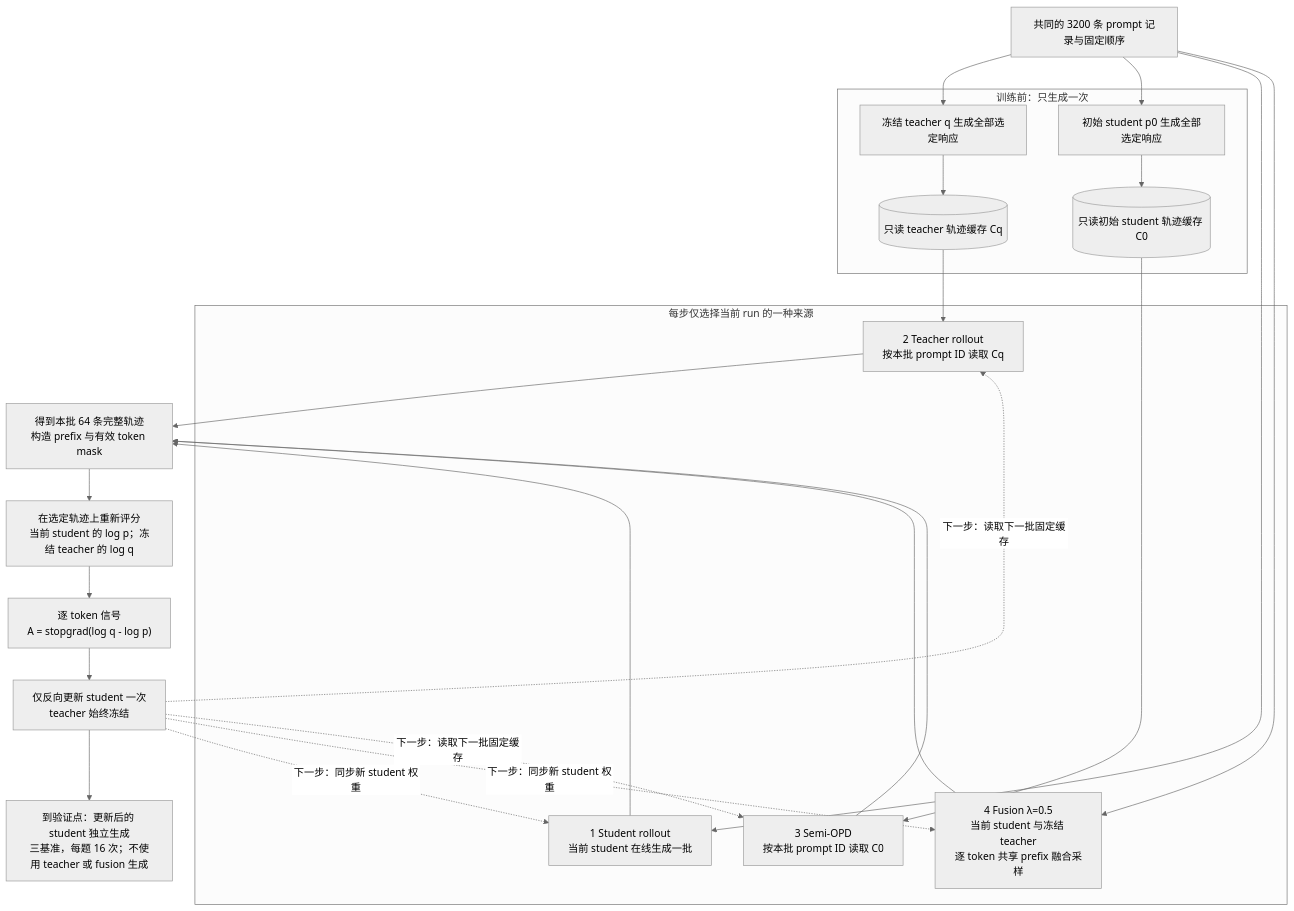
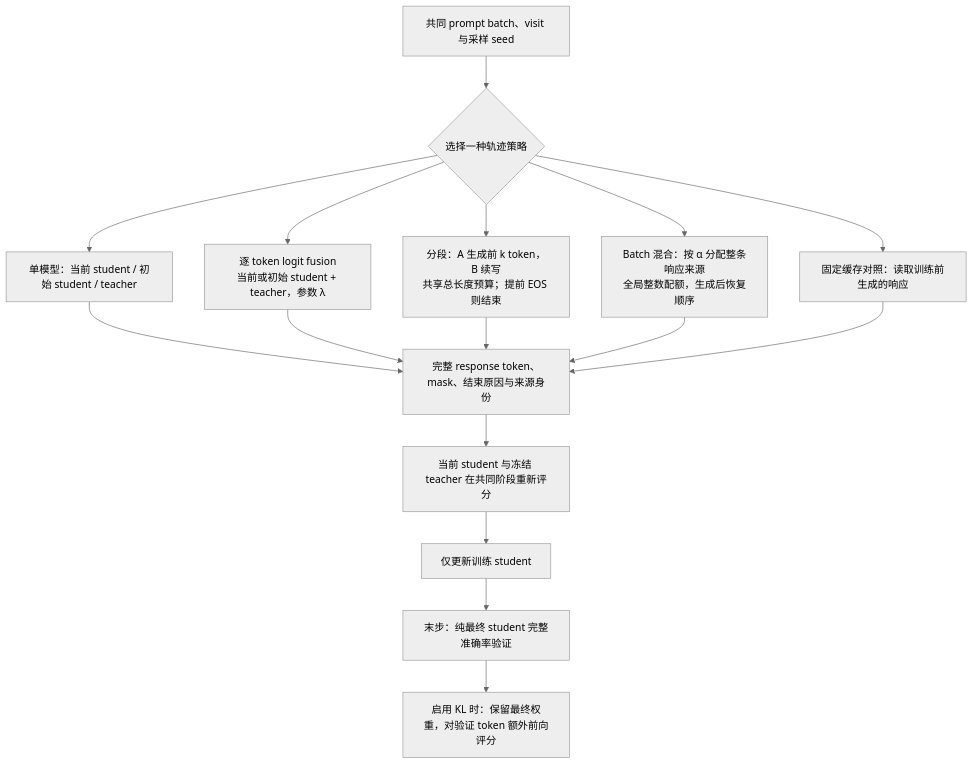
One commit to WncFht/OPD-State changed the diagram in docs/experiment/2026-10-19-rollout来源与logit融合实验.md. Above: the diagram before and after it, drawn with Mermaid (neutral theme). The commit also changed other lines of this file and 8 other files, not shown here.

````diff
--- a/docs/experiment/2026-10-19-rollout来源与logit融合实验.md
+++ b/docs/experiment/2026-10-19-rollout来源与logit融合实验.md
@@ -286,34 +59,18 @@
 ```mermaid
-flowchart TB
-    P["共同的 3200 条 prompt 记录与固定顺序"]
-
-    subgraph OFFLINE["训练前：只生成一次"]
-        T0["冻结 teacher q 生成全部选定响应"] --> CT[("只读 teacher 轨迹缓存 Cq")]
-        S0["初始 student p0 生成全部选定响应"] --> CS[("只读初始 student 轨迹缓存 C0")]
-    end
-    P --> T0
-    P --> S0
-
-    subgraph SOURCES["每步仅选择当前 run 的一种来源"]
-        O["1 Student rollout<br/>当前 student 在线生成一批"]
-        T["2 Teacher rollout<br/>按本批 prompt ID 读取 Cq"]
-        S["3 Semi-OPD<br/>按本批 prompt ID 读取 C0"]
-        F["4 Fusion λ=0.5<br/>当前 student 与冻结 teacher<br/>逐 token 共享 prefix 融合采样"]
-    end
-    P --> O
-    P --> F
-    CT --> T
-    CS --> S
-    O --> B["得到本批 64 条完整轨迹<br/>构造 prefix 与有效 token mask"]
-    T --> B
-    S --> B
-    F --> B
-    B --> LP["在选定轨迹上重新评分<br/>当前 student 的 log p；冻结 teacher 的 log q"]
-    LP --> A["逐 token 信号<br/>A = stopgrad(log q - log p)"]
-    A --> U["仅反向更新 student 一次<br/>teacher 始终冻结"]
-    U -.->|"下一步：同步新 student 权重"| O
-    U -.->|"下一步：同步新 student 权重"| F
-    U -.->|"下一步：读取下一批固定缓存"| T
-    U -.->|"下一步：读取下一批固定缓存"| S
-    U --> V["到验证点：更新后的 student 独立生成<br/>三基准，每题 16 次；不使用 teacher 或 fusion 生成"]
+flowchart TD
+    X["共同 prompt batch、visit 与采样 seed"] --> C{"选择一种轨迹策略"}
+    C --> S["单模型：当前 student / 初始 student / teacher"]
+    C --> F["逐 token logit fusion<br/>当前或初始 student + teacher，参数 λ"]
+    C --> W["分段：A 生成前 k token，B 续写<br/>共享总长度预算；提前 EOS 则结束"]
+    C --> B["Batch 混合：按 α 分配整条响应来源<br/>全局整数配额，生成后恢复顺序"]
+    C --> R["固定缓存对照：读取训练前生成的响应"]
+    S --> T["完整 response token、mask、结束原因与来源身份"]
+    F --> T
+    W --> T
+    B --> T
+    R --> T
+    T --> P["当前 student 与冻结 teacher 在共同阶段重新评分"]
+    P --> U["仅更新训练 student"]
+    U --> E["末步：纯最终 student 完整准确率验证"]
+    E --> K["启用 KL 时：保留最终权重，对验证 token 额外前向评分"]
 ```
````
